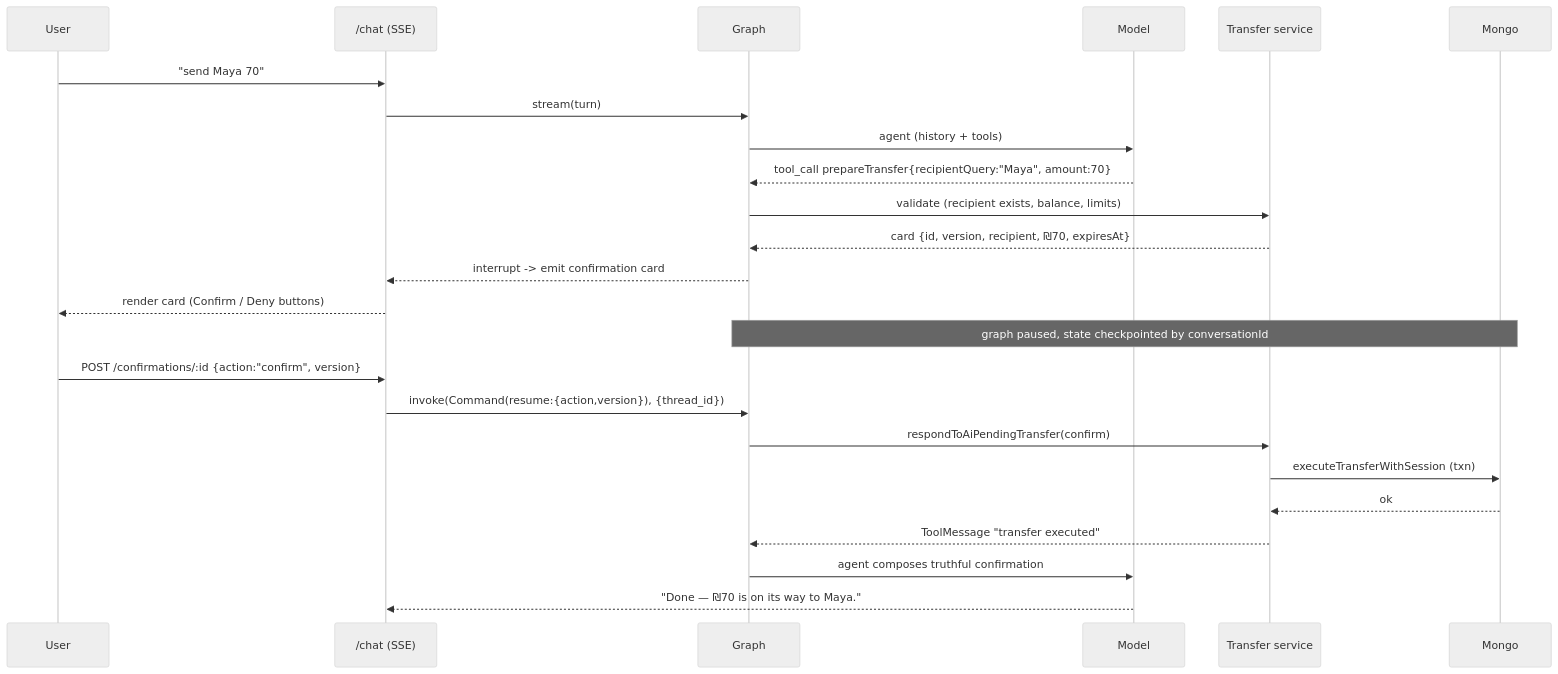
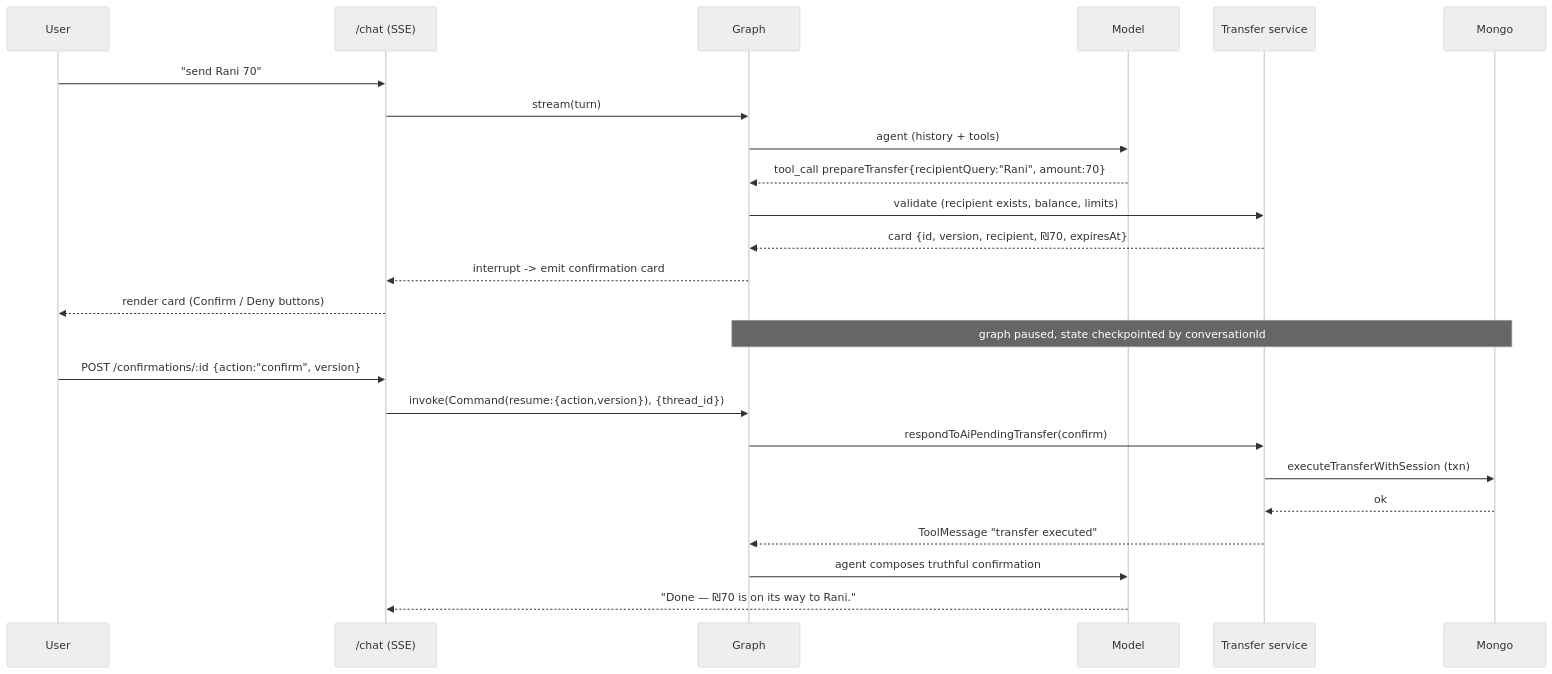
Before and after one commit to AyalMoran/virly: the third of 3 diagrams in docs/ai-graph-v2/01-design.md, drawn with Mermaid (neutral theme). The commit also changed other lines of this file and 24 other files, not shown here.

First line of the commit message:
refactor: replace all instances of "Maya" with "Rani" in the codebase

````diff
--- a/docs/ai-graph-v2/01-design.md
+++ b/docs/ai-graph-v2/01-design.md
@@ -416,28 +416,28 @@
 ```mermaid
 sequenceDiagram
     participant U as User
     participant API as /chat (SSE)
     participant G as Graph
     participant M as Model
     participant S as Transfer service
     participant DB as Mongo
 
-    U->>API: "send Maya 70"
+    U->>API: "send Rani 70"
     API->>G: stream(turn)
     G->>M: agent (history + tools)
-    M-->>G: tool_call prepareTransfer{recipientQuery:"Maya", amount:70}
+    M-->>G: tool_call prepareTransfer{recipientQuery:"Rani", amount:70}
     G->>S: validate (recipient exists, balance, limits)
     S-->>G: card {id, version, recipient, ₪70, expiresAt}
     G-->>API: interrupt -> emit confirmation card
     API-->>U: render card (Confirm / Deny buttons)
     Note over G,DB: graph paused, state checkpointed by conversationId
 
     U->>API: POST /confirmations/:id {action:"confirm", version}
     API->>G: invoke(Command(resume:{action,version}), {thread_id})
     G->>S: respondToAiPendingTransfer(confirm)
     S->>DB: executeTransferWithSession (txn)
     DB-->>S: ok
     S-->>G: ToolMessage "transfer executed"
     G->>M: agent composes truthful confirmation
-    M-->>API: "Done — ₪70 is on its way to Maya."
+    M-->>API: "Done — ₪70 is on its way to Rani."
 ```
````
